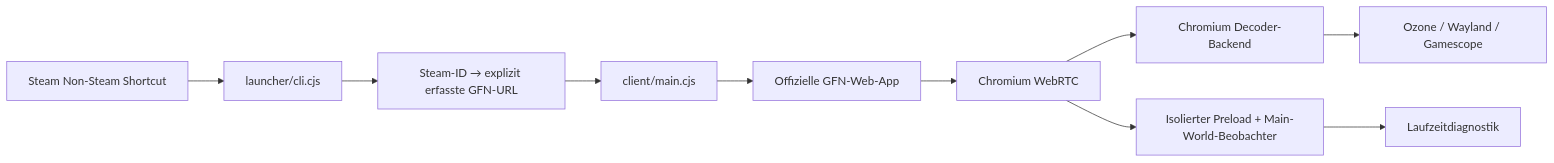
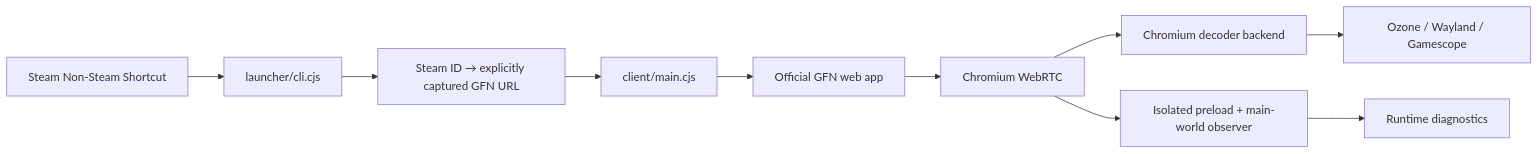
Before and after one commit to bubi/gfn-armada: the diagram in docs/architecture.md, drawn with Mermaid. The commit also changed other lines of this file and 23 other files, not shown here.

````diff
--- a/docs/architecture.md
+++ b/docs/architecture.md
@@ -29,12 +29,12 @@
 ```mermaid
 flowchart LR
   Steam[Steam Non-Steam Shortcut] --> CLI[launcher/cli.cjs]
-  CLI --> Mapping[Steam-ID → explizit erfasste GFN-URL]
+  CLI --> Mapping[Steam ID → explicitly captured GFN URL]
   Mapping --> Electron[client/main.cjs]
-  Electron --> GFN[Offizielle GFN-Web-App]
+  Electron --> GFN[Official GFN web app]
   GFN --> RTC[Chromium WebRTC]
-  RTC --> Decoder[Chromium Decoder-Backend]
+  RTC --> Decoder[Chromium decoder backend]
   Decoder --> Output[Ozone / Wayland / Gamescope]
-  Observer[Isolierter Preload + Main-World-Beobachter] --> Snapshot[Laufzeitdiagnostik]
+  Observer[Isolated preload + main-world observer] --> Snapshot[Runtime diagnostics]
   RTC --> Observer
 ```
````
